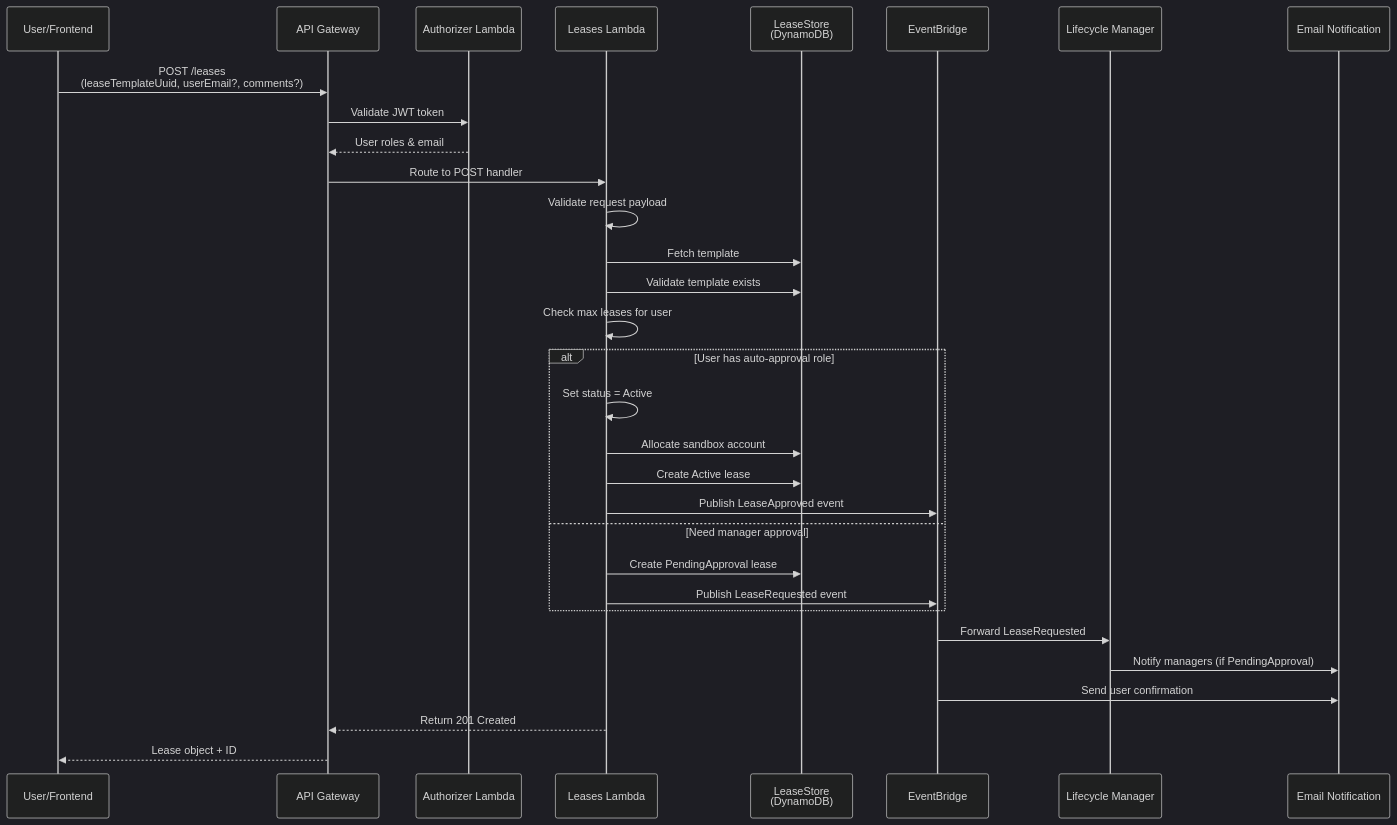
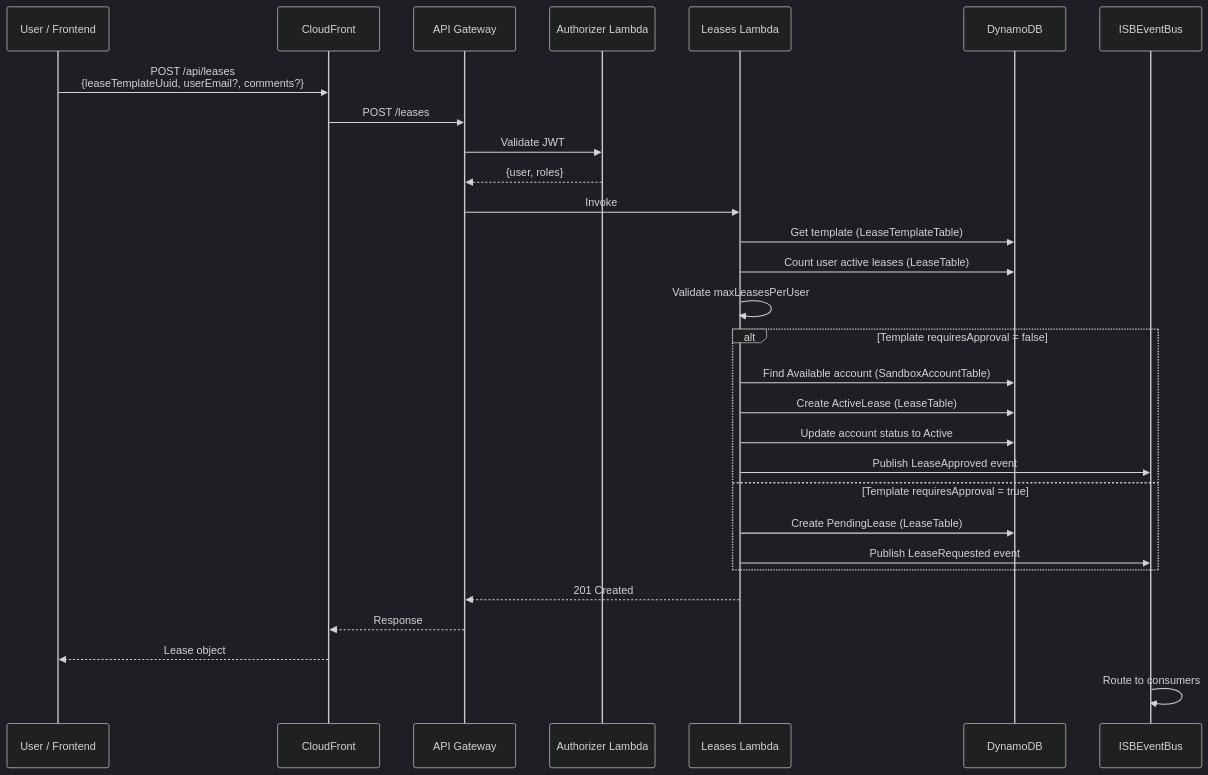
The second of 8 diagrams in docs/11-lease-lifecycle.md (co-cddo/ndx-try-arch), drawn with Mermaid (dark theme) before and after one commit. The commit also changed other lines of this file and 41 other files, not shown here.

First line of the commit message:
docs: update NDX architecture documentation (#9)

````diff
--- a/docs/11-lease-lifecycle.md
+++ b/docs/11-lease-lifecycle.md
@@ -47,42 +79,36 @@
 ```mermaid
 sequenceDiagram
-    participant User as User/Frontend
-    participant API as API Gateway
-    participant Authorizer as Authorizer Lambda
-    participant LeasesLambda as Leases Lambda
-    participant LeaseStore as LeaseStore<br/>(DynamoDB)
-    participant EventBus as EventBridge
-    participant LifecycleManager as Lifecycle Manager
-    participant EmailNotif as Email Notification
+    participant User as User / Frontend
+    participant CF as CloudFront
+    participant APIGW as API Gateway
+    participant Auth as Authorizer Lambda
+    participant Leases as Leases Lambda
+    participant DDB as DynamoDB
+    participant EB as ISBEventBus
 
-    User->>API: POST /leases<br/>(leaseTemplateUuid, userEmail?, comments?)
-    
-    API->>Authorizer: Validate JWT token
-    Authorizer-->>API: User roles & email
-    
-    API->>LeasesLambda: Route to POST handler
-    
-    LeasesLambda->>LeasesLambda: Validate request payload
-    LeasesLambda->>LeaseStore: Fetch template
-    LeasesLambda->>LeaseStore: Validate template exists
-    
-    LeasesLambda->>LeasesLambda: Check max leases for user
-    
-    alt User has auto-approval role
-        LeasesLambda->>LeasesLambda: Set status = Active
-        LeasesLambda->>LeaseStore: Allocate sandbox account
-        LeasesLambda->>LeaseStore: Create Active lease
-        LeasesLambda->>EventBus: Publish LeaseApproved event
-    else Need manager approval
-        LeasesLambda->>LeaseStore: Create PendingApproval lease
-        LeasesLambda->>EventBus: Publish LeaseRequested event
+    User->>CF: POST /api/leases<br/>{leaseTemplateUuid, userEmail?, comments?}
+    CF->>APIGW: POST /leases
+    APIGW->>Auth: Validate JWT
+    Auth-->>APIGW: {user, roles}
+    APIGW->>Leases: Invoke
+
+    Leases->>DDB: Get template (LeaseTemplateTable)
+    Leases->>DDB: Count user active leases (LeaseTable)
+    Leases->>Leases: Validate maxLeasesPerUser
+
+    alt Template requiresApproval = false
+        Leases->>DDB: Find Available account (SandboxAccountTable)
+        Leases->>DDB: Create ActiveLease (LeaseTable)
+        Leases->>DDB: Update account status to Active
+        Leases->>EB: Publish LeaseApproved event
+    else Template requiresApproval = true
+        Leases->>DDB: Create PendingLease (LeaseTable)
+        Leases->>EB: Publish LeaseRequested event
     end
-    
-    EventBus->>LifecycleManager: Forward LeaseRequested
-    LifecycleManager->>EmailNotif: Notify managers (if PendingApproval)
-    
-    EventBus->>EmailNotif: Send user confirmation
-    
-    LeasesLambda-->>API: Return 201 Created
-    API-->>User: Lease object + ID
+
+    Leases-->>APIGW: 201 Created
+    APIGW-->>CF: Response
+    CF-->>User: Lease object
+
+    EB->>EB: Route to consumers
 ```
````
